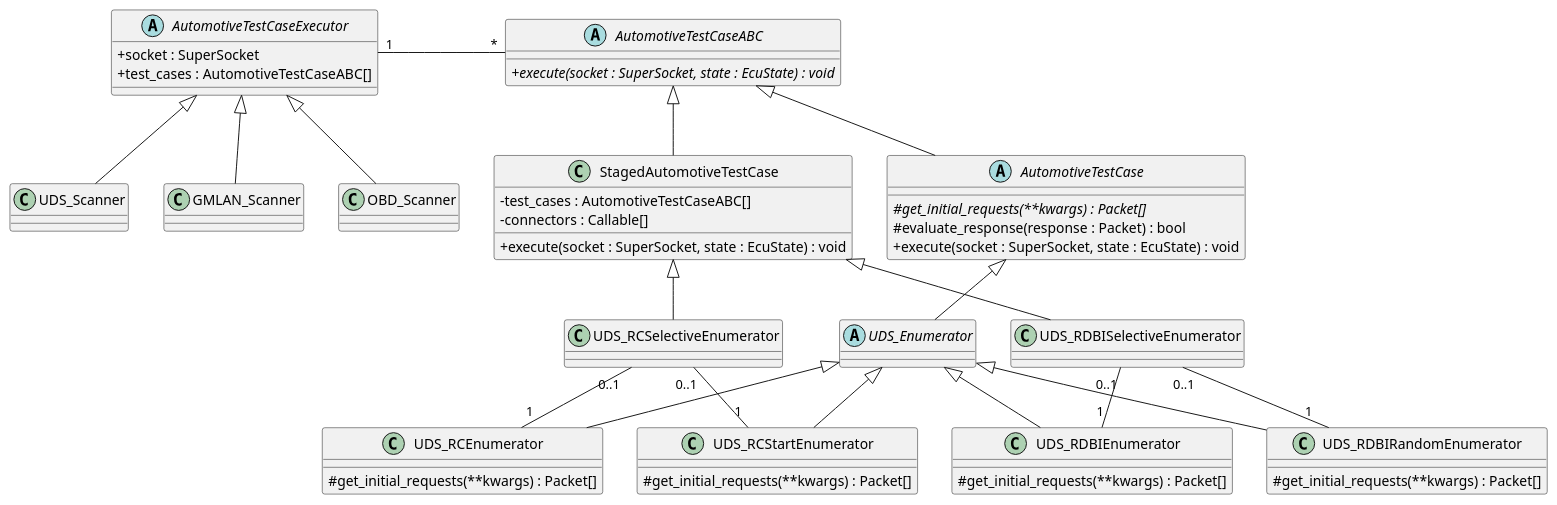
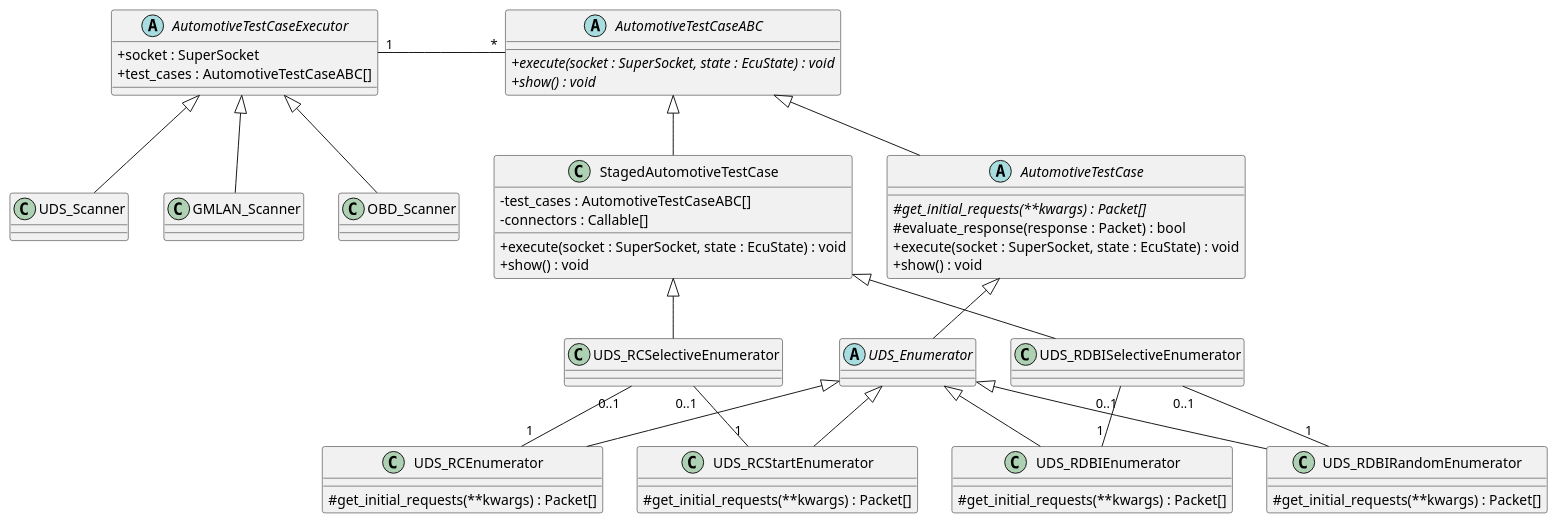
Before and after one commit to akorb/bachelor-thesis: the diagram in images/uml/overview.puml, drawn with PlantUML. The commit also changed 6 other files, not shown here.

```diff
--- a/images/uml/overview.puml
+++ b/images/uml/overview.puml
@@ -1,70 +1,73 @@
 @startuml overview
 
 skinparam classAttributeIconSize 0
 
 AutomotiveTestCaseExecutor "1" - "*" AutomotiveTestCaseABC : \t\t\t
 
 UDS_RDBISelectiveEnumerator "0..1" -down- "1" UDS_RDBIEnumerator
 UDS_RDBISelectiveEnumerator "0..1" -down- "1" UDS_RDBIRandomEnumerator
 
 UDS_RCSelectiveEnumerator "0..1" -down- "1" UDS_RCEnumerator
 UDS_RCSelectiveEnumerator "0..1" -down- "1" UDS_RCStartEnumerator
 
 AutomotiveTestCaseExecutor <|-- UDS_Scanner
 AutomotiveTestCaseExecutor <|-- GMLAN_Scanner
 AutomotiveTestCaseExecutor <|-- OBD_Scanner
 
 AutomotiveTestCaseABC <|-- AutomotiveTestCase
 AutomotiveTestCaseABC <|-- StagedAutomotiveTestCase
 
 AutomotiveTestCase <|-- UDS_Enumerator
 
 UDS_Enumerator <|-- UDS_RCEnumerator
 UDS_Enumerator <|-- UDS_RCStartEnumerator
 UDS_Enumerator <|-- UDS_RDBIEnumerator
 UDS_Enumerator <|-- UDS_RDBIRandomEnumerator
 
 StagedAutomotiveTestCase <|-- UDS_RDBISelectiveEnumerator
 StagedAutomotiveTestCase <|-- UDS_RCSelectiveEnumerator
 
 abstract AutomotiveTestCaseExecutor {
     + socket : SuperSocket
     + test_cases : AutomotiveTestCaseABC[]
 }
 
 class StagedAutomotiveTestCase {
     - test_cases : AutomotiveTestCaseABC[]
     - connectors : Callable[]
     + execute(socket : SuperSocket, state : EcuState) : void
+    + show() : void
 }
 
 abstract AutomotiveTestCaseABC {
     {abstract} + execute(socket : SuperSocket, state : EcuState) : void
+    {abstract} + show() : void
 }
 
 abstract AutomotiveTestCase {
     {abstract} # get_initial_requests(**kwargs) : Packet[]
     # evaluate_response(response : Packet) : bool
     + execute(socket : SuperSocket, state : EcuState) : void
+    + show() : void
 }
 
 abstract UDS_Enumerator {
 }
 
 class UDS_RDBIRandomEnumerator {
     # get_initial_requests(**kwargs) : Packet[]
 }
 
 class UDS_RDBIEnumerator {
     # get_initial_requests(**kwargs) : Packet[]
 }
 
 class UDS_RCEnumerator {
     # get_initial_requests(**kwargs) : Packet[]
 }
 
 class UDS_RCStartEnumerator {
     # get_initial_requests(**kwargs) : Packet[]
 }
 
 @enduml
```
